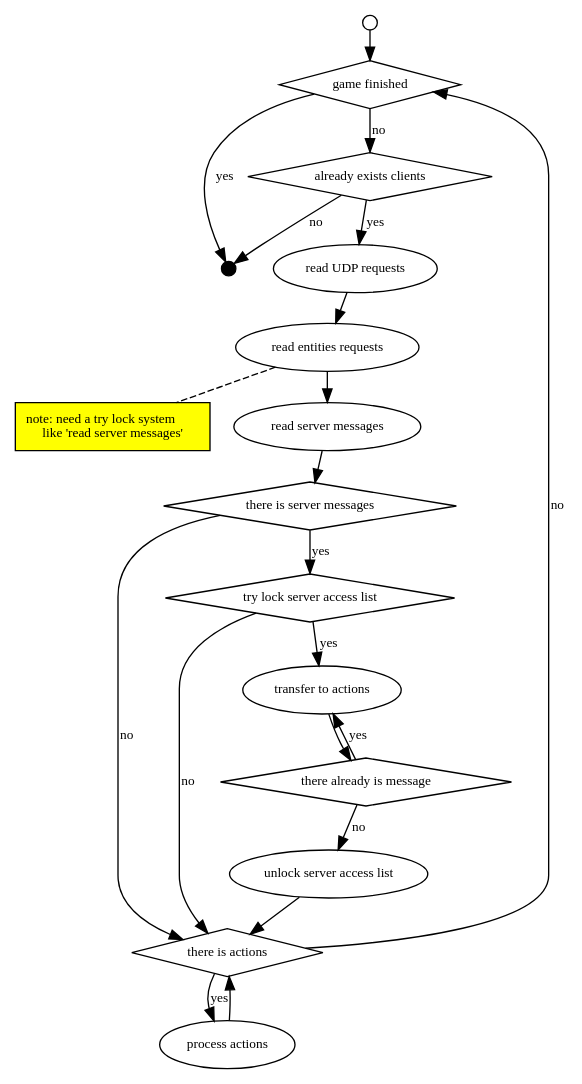
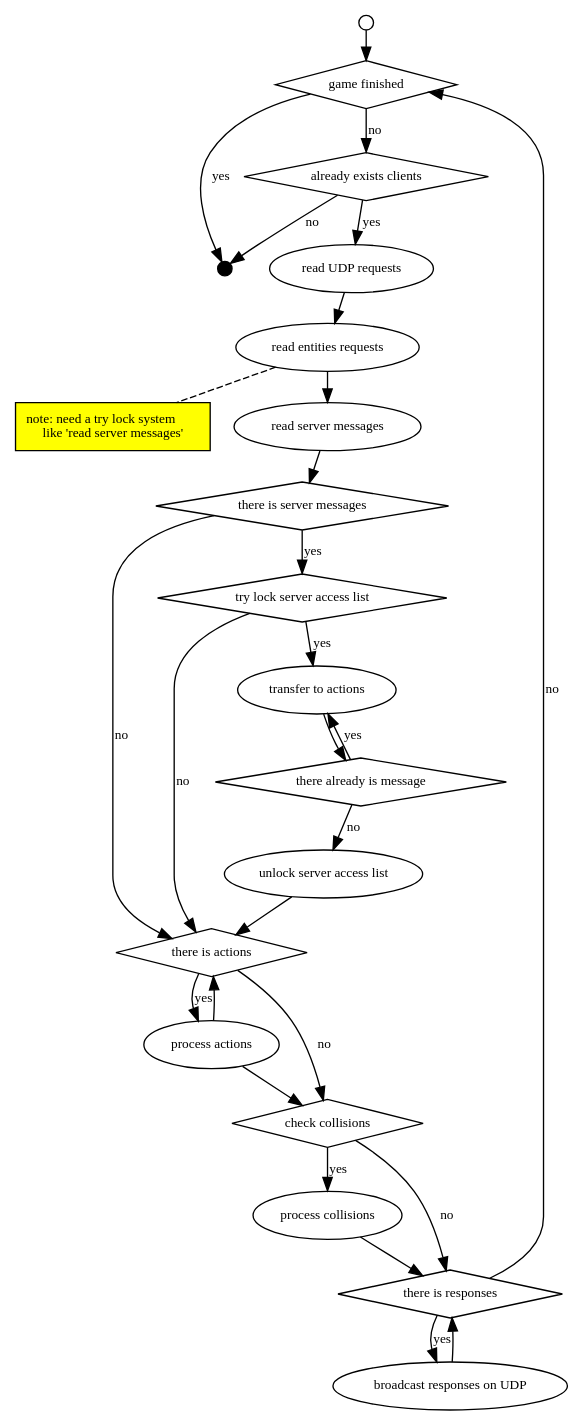
The diagram in doc/dot/party_activity.dot (Surogate/airtipe), drawn with Graphviz before and after one commit. The commit also changed 1 other file, not shown here.

Commit message:
uml: activite de la party (fin)

```diff
--- a/doc/dot/party_activity.dot
+++ b/doc/dot/party_activity.dot
@@ -1,82 +1,107 @@
 digraph uml {
 	graph	[fontname=Verdana, fontsize=8, ranksep=0.3];
 	node	[fontname=Verdana, fontsize=10];
 	edge	[fontname=Verdana, fontsize=10];
 
 // The start
 	"start"	
 		[shape=circle, label="", height=0.15];
 	"end"
 		[shape=point, label="", height=0.15, style=filled, fillcolor=black];
 
 // The main loop conditions
 	"game finished"
 		[shape=diamond];
 	"already exists clients"
 		[shape=diamond];
 
 	"start"						-> "game finished";
 	"game finished"				-> "end"
 		[label=yes];
 	"game finished"				-> "already exists clients"
 		[label=no];
 	"already exists clients"	-> "end"
 		[label=no];
 
 // Reading incoming data
 	"read UDP requests"
 		[shape=ellipse];
 	"read entities requests"
 		[shape=ellipse];
 	"note: need a try lock system\l like 'read server messages'"
 		[shape=record, style=filled, fillcolor=yellow];
 	"read server messages"
 		[shape=ellipse];
 
 	"already exists clients"	-> "read UDP requests"
 		[label=yes];
 	"read UDP requests"			-> "read entities requests";
 	"read entities requests"	-> "read server messages";
 	"read entities requests"	-> "note: need a try lock system\l like 'read server messages'"
 		[arrowhead=none, style=dashed];
 
 // Processing data
 	"there is actions"
 		[shape=diamond];
 	"process actions"
 		[shape=ellipse];
 
-	"there is actions"			-> "game finished"
-		[label=no];
 	"there is actions"			-> "process actions"
 		[label=yes];
 	"process actions"			-> "there is actions";
 
 // Server message reading (mutex)
 	"there is server messages"
 		[shape=diamond];
 	"try lock server access list"
 		[shape=diamond];
 	"there already is message"
 		[shape=diamond];
 	"transfer to actions"
 		[shape=ellipse];
 	"unlock server access list"
 		[shape=ellipse];
 
 	"read server messages"			-> "there is server messages";
 	"there is server messages"		-> "there is actions"
 		[label=no];
 	"there is server messages"		-> "try lock server access list"
 		[label=yes];
 	"try lock server access list"	-> "there is actions"
 		[label=no];
 	"try lock server access list"	-> "transfer to actions"
 		[label=yes];
 	"transfer to actions"			-> "there already is message";
 	"there already is message"		-> "transfer to actions"
 		[label=yes];
 	"there already is message"		-> "unlock server access list"
 		[label=no];
 	"unlock server access list"		-> "there is actions";
+
+// Check collisions
+	"check collisions"
+		[shape=diamond];
+	"process collisions"
+		[shape=ellipse];
+
+	"process actions"				-> "check collisions";
+	"there is actions"				-> "check collisions"
+		[label=no];
+	"check collisions"				-> "process collisions"
+		[label=yes];
+
+// Inform client
+	"there is responses"
+		[shape=diamond];
+	"broadcast responses on UDP"
+		[shape=ellipse];
+
+	"process collisions"			-> "there is responses";
+	"check collisions"				-> "there is responses"
+		[label=no];
+	"there is responses"			-> "game finished"
+		[label=no];
+	"there is responses"			-> "broadcast responses on UDP"
+		[label=yes];
+	"broadcast responses on UDP"	-> "there is responses";
 }
```
